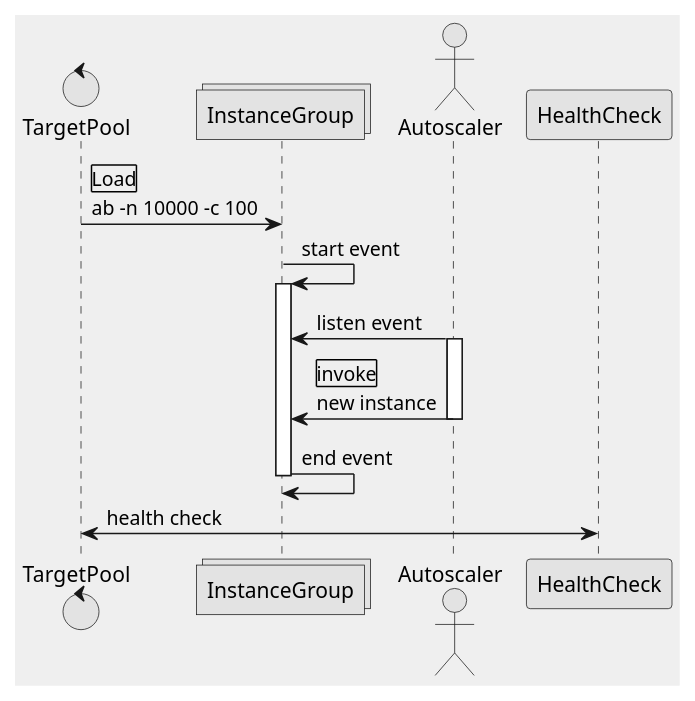
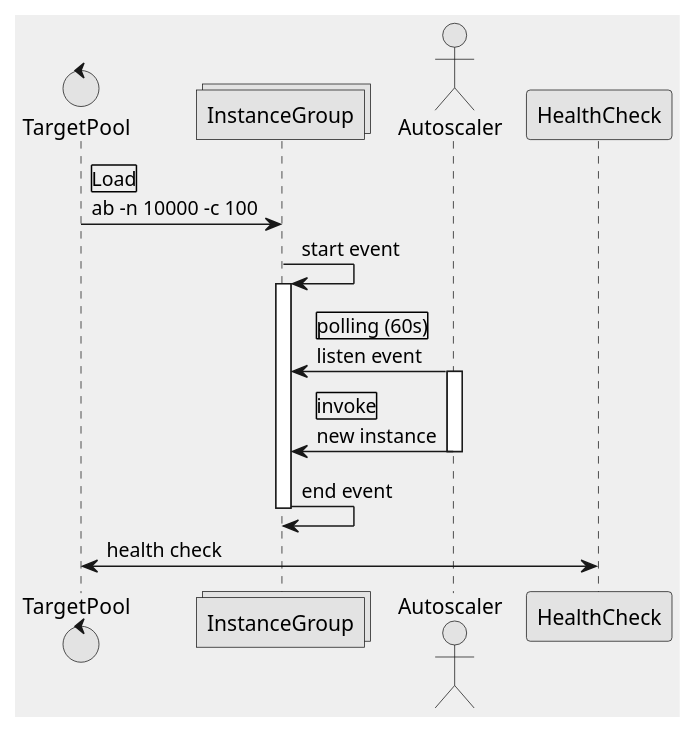
The diagram in qwiklabs/deployment_manager_full_production.md (nabinno/dojo), drawn with PlantUML before and after one commit. The commit also changed 1 other file, not shown here.

Commit message:
Complete Qwiklabs - Deployment Manager - Full Production.

````diff
--- a/qwiklabs/deployment_manager_full_production.md
+++ b/qwiklabs/deployment_manager_full_production.md
@@ -31,21 +31,21 @@
 ```uml
 skinparam monochrome true
 skinparam backgroundColor #EEEEFF
 
 control "TargetPool" as TP
 collections "InstanceGroup" as IG
 actor "Autoscaler" as AS
 participant "HealthCheck" as HC
 
 TP -> IG: |Load|\nab -n 10000 -c 100
 IG -> IG: start event
 activate IG
-AS -> IG: listen event
+AS -> IG: |polling (60s)|\nlisten event
 activate AS
 AS -> IG: |invoke|\nnew instance
 deactivate AS
 IG -> IG: end event
 deactivate IG
 
 TP <-> HC: health check
 ```
````
